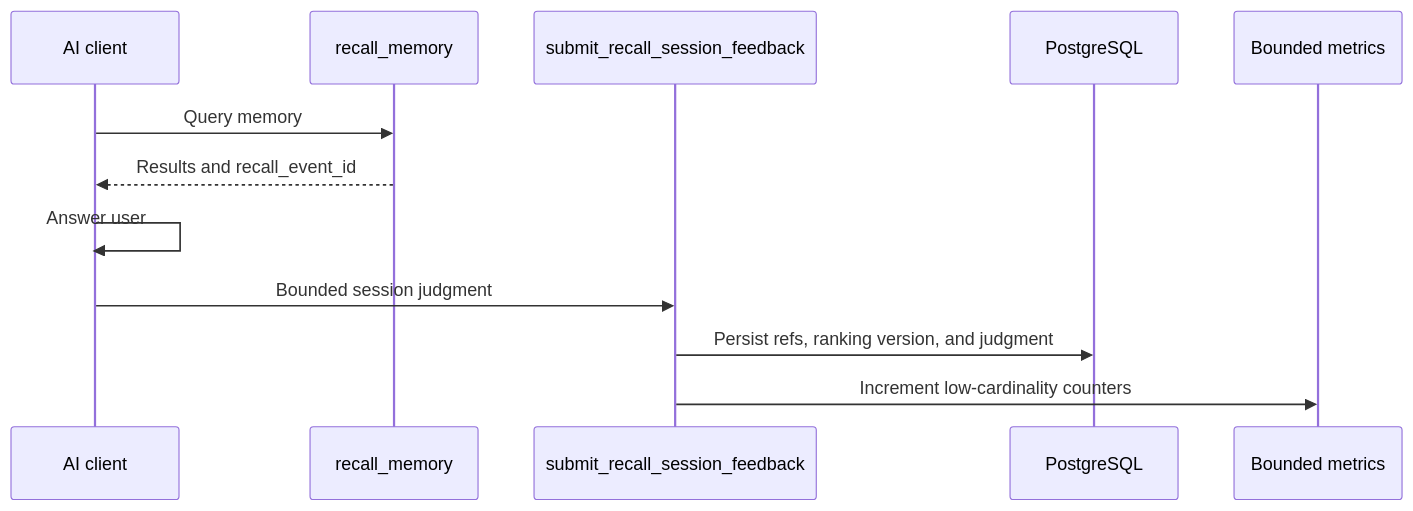
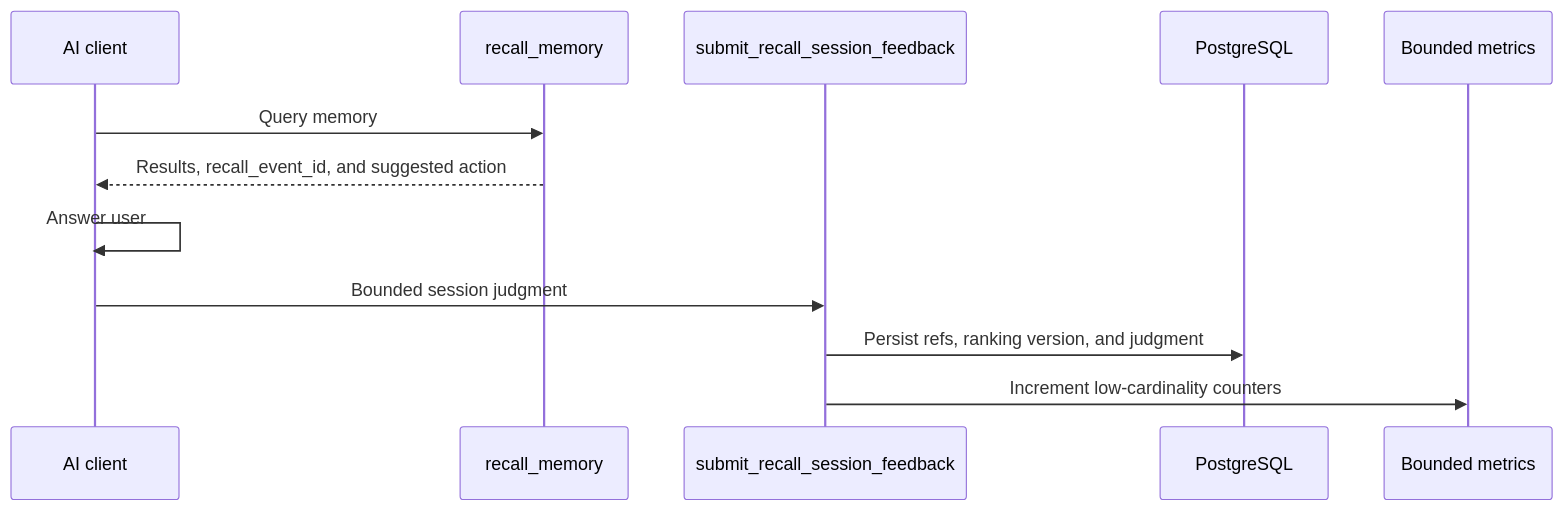
The first of 2 diagrams in Recall-Feedback.md (markhuangai/dense-mem), drawn with Mermaid before and after one commit. The commit also changed other lines of this file and 10 other files, not shown here.

````diff
--- a/Recall-Feedback.md
+++ b/Recall-Feedback.md
@@ -15,16 +15,16 @@
 ```mermaid
 %%{init: {"sequence": {"rightAngles": true}}}%%
 sequenceDiagram
   participant Host as AI client
   participant Recall as recall_memory
   participant Feedback as submit_recall_session_feedback
   participant PG as PostgreSQL
   participant Metrics as Bounded metrics
 
   Host->>Recall: Query memory
-  Recall-->>Host: Results and recall_event_id
+  Recall-->>Host: Results, recall_event_id, and suggested action
   Host->>Host: Answer user
   Host->>Feedback: Bounded session judgment
   Feedback->>PG: Persist refs, ranking version, and judgment
   Feedback->>Metrics: Increment low-cardinality counters
 ```
````
